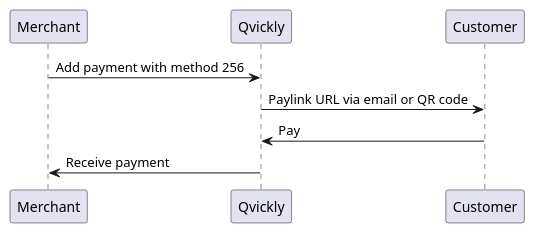
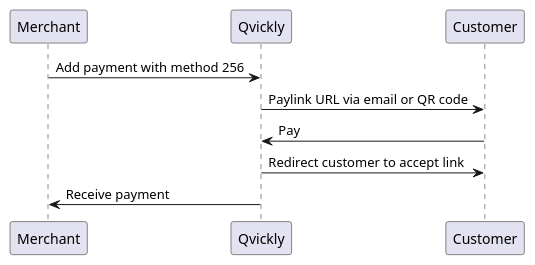
The first of 3 diagrams in Writerside/topics/Paylink-Flow.md (Billmate/QvicklyDocumentation), drawn with PlantUML before and after one commit. The commit also changed other lines of this file and 13 other files, not shown here.

````diff
--- a/Writerside/topics/Paylink-Flow.md
+++ b/Writerside/topics/Paylink-Flow.md
@@ -7,16 +7,17 @@
 ```plantuml
 
 @startuml
 
 participant "Merchant" as M
 participant "Qvickly" as Q
 participant "Customer" as C
 
 M->Q: Add payment with method 256
 Q->C: Paylink URL via email or QR code
 C->Q: Pay
+Q->C: Redirect customer to accept link
 Q->M: Receive payment
 
 @enduml
 
 ```
````
